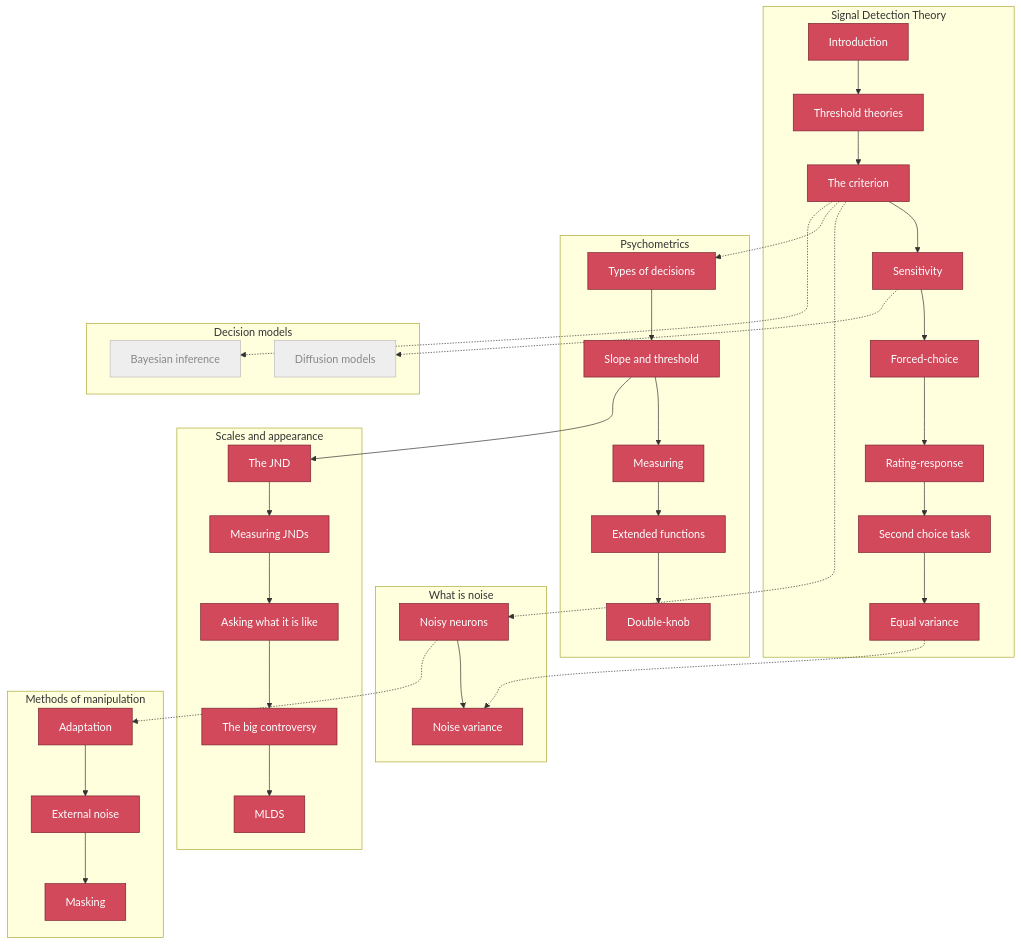
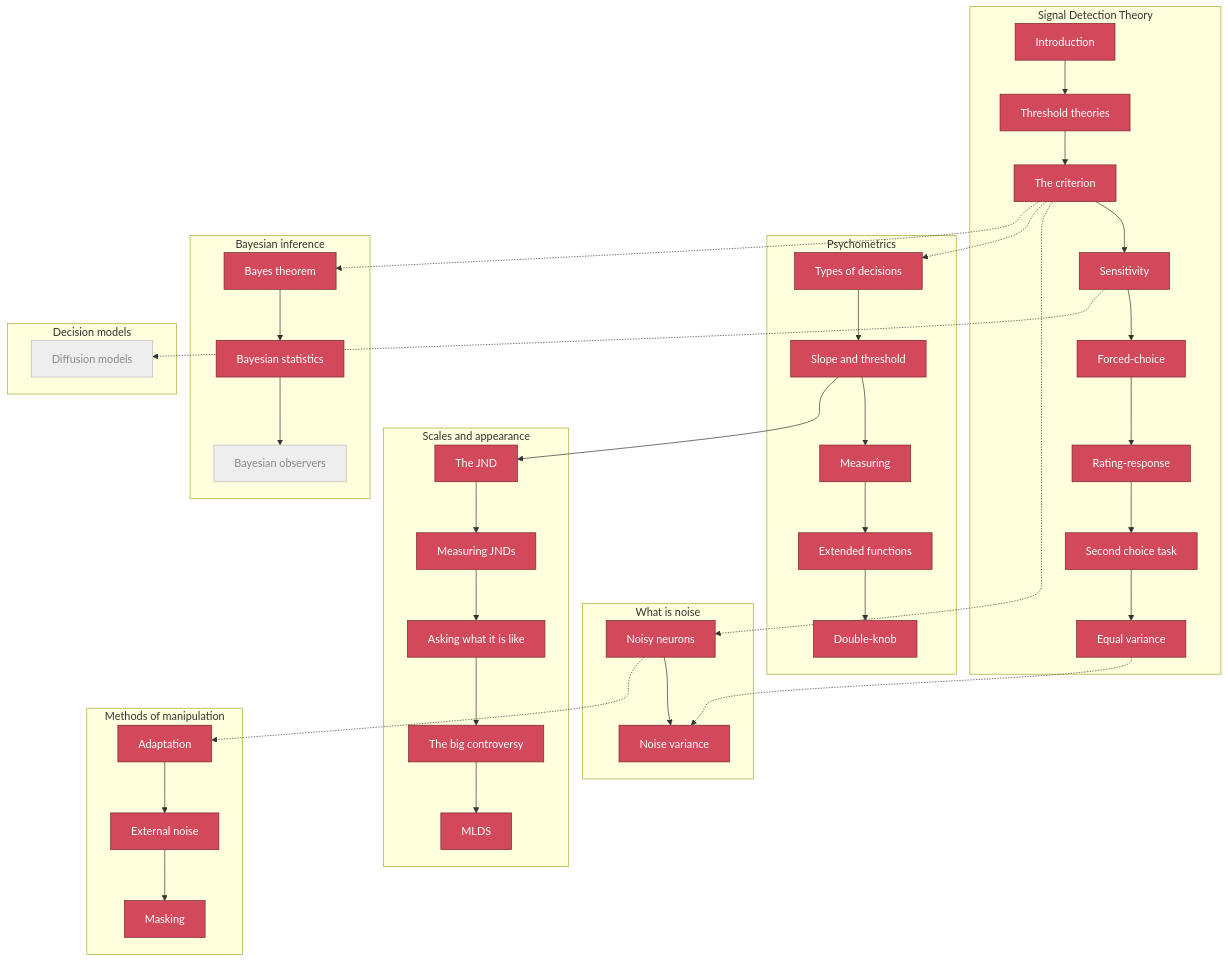
One commit to tbalsdon/psychophysical-choose-your-own-adventure changed the diagram in sitemap.md. Above: the diagram before and after it, drawn with Mermaid. The commit also changed 8 other files, not shown here.

First line of the commit message:
Add Bayesian inference (batch 1): intro + Bayesian statistics

````diff
--- a/sitemap.md
+++ b/sitemap.md
@@ -49,9 +49,14 @@
         mmask[Masking]
     end
 
+    subgraph BAY [Bayesian inference]
+        bth[Bayes theorem]
+        bstat[Bayesian statistics]
+        bobs[Bayesian observers]
+    end
+
     subgraph DM [Decision models]
         dm1[Diffusion models]
-        dm2[Bayesian inference]
     end
 
     a --> b --> d --> e --> f --> g --> h --> i
@@ -65,12 +70,13 @@
     nn -.-> madapt
     madapt --> mext --> mmask
     e -.-> dm1
-    d -.-> dm2
+    d -.-> bth
+    bth --> bstat --> bobs
 
     classDef done fill:#d1495b,stroke:#7a2230,color:#fff;
     classDef todo fill:#eee,stroke:#bbb,color:#888;
-    class a,b,d,e,f,g,h,i,nn,nv,pdec,pst,pme,pex,pdk,sjnd,sst,sask,sctrl,smlds,madapt,mext,mmask done;
-    class dm1,dm2 todo;
+    class a,b,d,e,f,g,h,i,nn,nv,pdec,pst,pme,pex,pdk,sjnd,sst,sask,sctrl,smlds,madapt,mext,mmask,bth,bstat done;
+    class bobs,dm1 todo;
 
     click a "../modules/sdt-intro"
     click b "../modules/sdt-threshold-theories"
@@ -95,4 +101,6 @@
     click madapt "../modules/man-adaptation"
     click mext "../modules/man-external-noise"
     click mmask "../modules/man-masking"
+    click bth "../modules/bayes"
+    click bstat "../modules/bayes-statistics"
 ```
````
